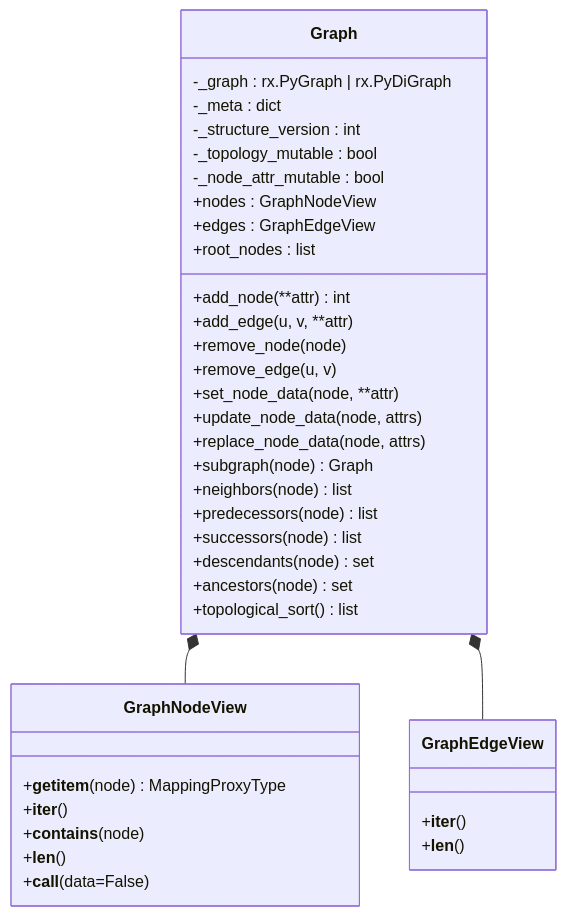
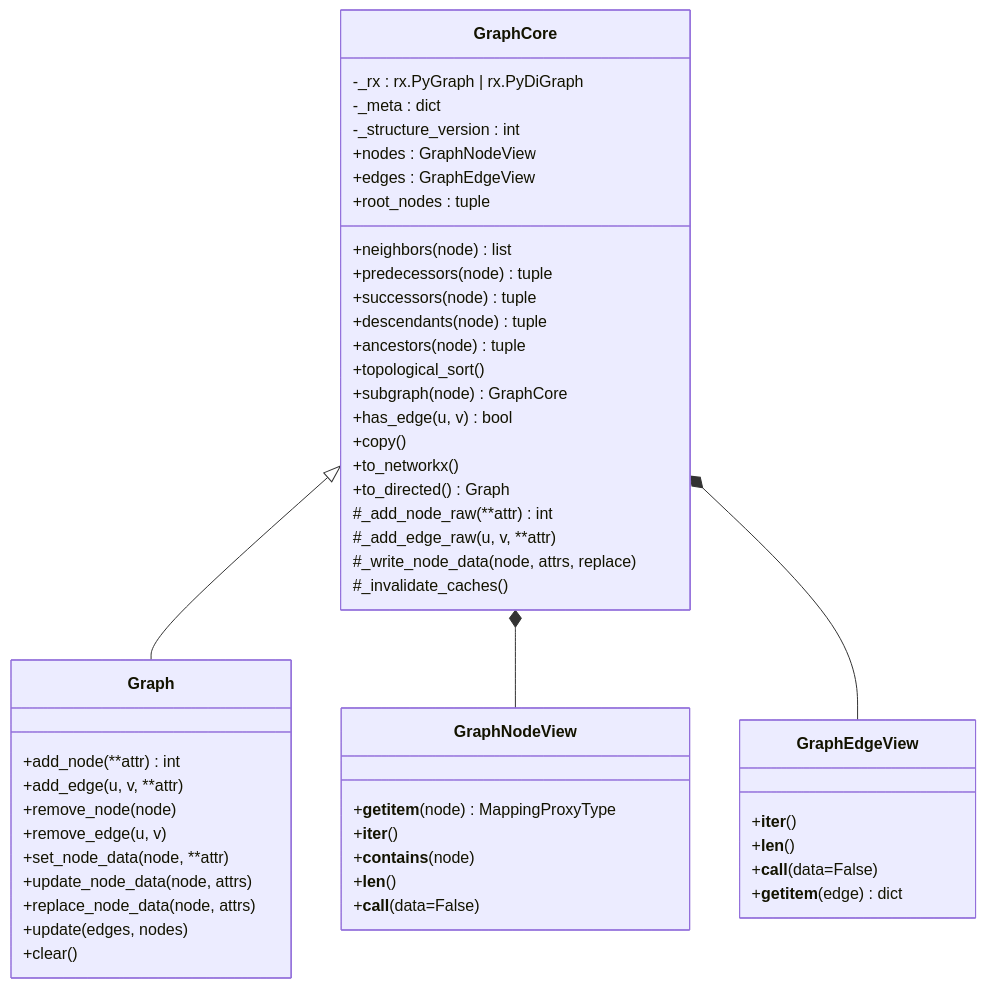
Before and after one commit to kr4g/Klotho: the first of 6 diagrams in docs/architecture/01_TOPOS.md, drawn with Mermaid. The commit also changed other lines of this file and 13 other files, not shown here.

First line of the commit message:
Overhaul architecture docs for Klotho 10.x API

````diff
--- a/docs/architecture/01_TOPOS.md
+++ b/docs/architecture/01_TOPOS.md
@@ -48,43 +61,57 @@
 ```mermaid
 classDiagram
-    class Graph {
-        -_graph : rx.PyGraph | rx.PyDiGraph
+    class GraphCore {
+        -_rx : rx.PyGraph | rx.PyDiGraph
         -_meta : dict
         -_structure_version : int
-        -_topology_mutable : bool
-        -_node_attr_mutable : bool
         +nodes : GraphNodeView
         +edges : GraphEdgeView
+        +neighbors(node) list
+        +predecessors(node) tuple
+        +successors(node) tuple
+        +descendants(node) tuple
+        +ancestors(node) tuple
+        +topological_sort()
+        +subgraph(node) GraphCore
+        +root_nodes : tuple
+        +has_edge(u, v) bool
+        +copy()
+        +to_networkx()
+        +to_directed() Graph
+        #_add_node_raw(**attr) int
+        #_add_edge_raw(u, v, **attr)
+        #_write_node_data(node, attrs, replace)
+        #_invalidate_caches()
+    }
+
+    class Graph {
         +add_node(**attr) int
         +add_edge(u, v, **attr)
         +remove_node(node)
         +remove_edge(u, v)
         +set_node_data(node, **attr)
         +update_node_data(node, attrs)
         +replace_node_data(node, attrs)
-        +subgraph(node) Graph
-        +neighbors(node) list
-        +predecessors(node) list
-        +successors(node) list
-        +descendants(node) set
-        +ancestors(node) set
-        +topological_sort() list
-        +root_nodes : list
+        +update(edges, nodes)
+        +clear()
     }
 
     class GraphNodeView {
         +__getitem__(node) MappingProxyType
         +__iter__()
         +__contains__(node)
         +__len__()
         +__call__(data=False)
     }
 
     class GraphEdgeView {
         +__iter__()
         +__len__()
+        +__call__(data=False)
+        +__getitem__(edge) dict
     }
 
-    Graph *-- GraphNodeView
-    Graph *-- GraphEdgeView
+    GraphCore <|-- Graph
+    GraphCore *-- GraphNodeView
+    GraphCore *-- GraphEdgeView
 ```
````
